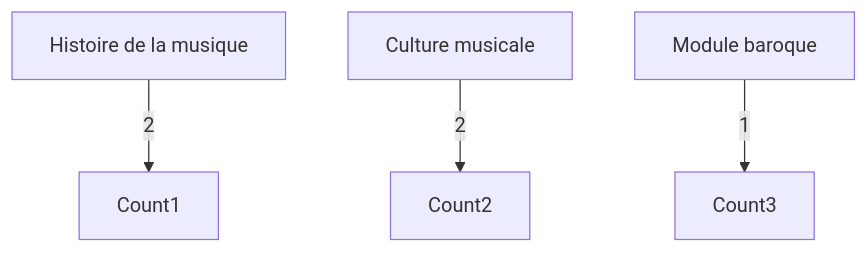
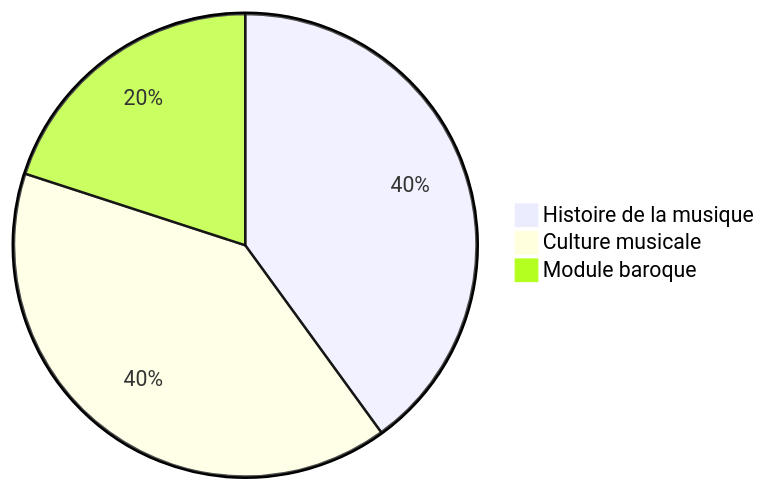
Before and after one commit to GusBraud/earlymuse: the third of 3 diagrams in conservatoire_survey.md, drawn with Mermaid. The commit also changed other lines of this file, not shown here.

````diff
--- a/conservatoire_survey.md
+++ b/conservatoire_survey.md
@@ -23,6 +21,6 @@
 ```mermaid
-graph TD
-    A[Histoire de la musique] -->|2| Count1
-    B[Culture musicale] -->|2| Count2
-    C[Module baroque] -->|1| Count3
+pie
+    "Histoire de la musique" : 2
+    "Culture musicale" : 2
+    "Module baroque" : 1
 ```
````
